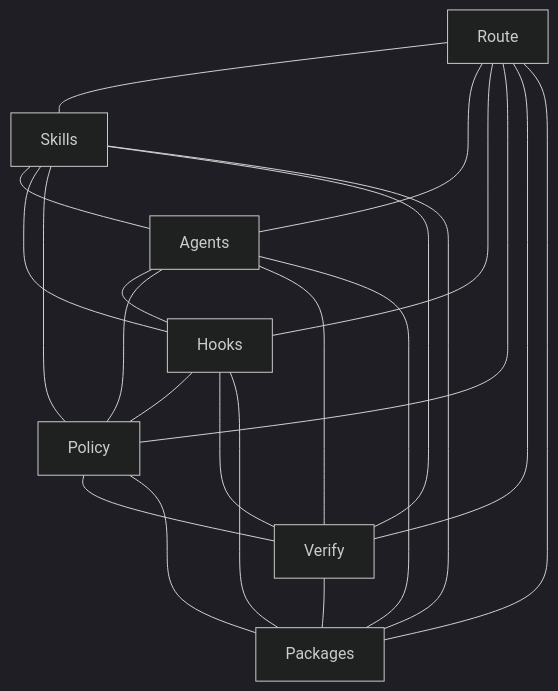
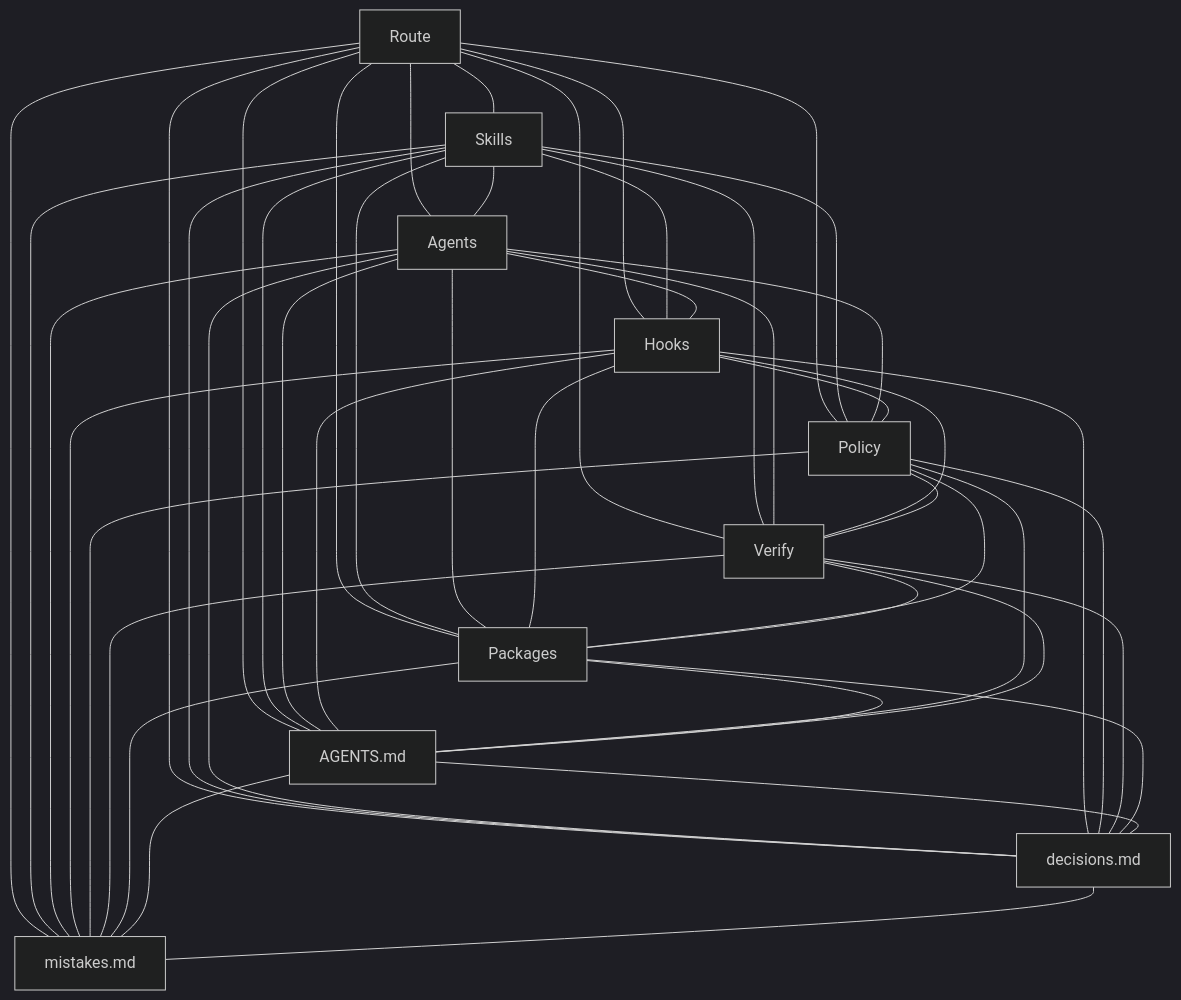
The diagram in README.md (Dimkox/adaptive-grok-build-pro), drawn with Mermaid (dark theme) before and after one commit. The commit also changed other lines of this file and 38 other files, not shown here.

Commit message:
Document root agent logs and complete K10 stack graph in README

````diff
--- a/README.md
+++ b/README.md
@@ -16,24 +17,51 @@
 ```mermaid
 graph TD
+  Contract["AGENTS.md"]
+  Decisions["decisions.md"]
+  Mistakes["mistakes.md"]
   Route --- Skills
   Route --- Agents
   Route --- Hooks
   Route --- Policy
   Route --- Verify
   Route --- Packages
+  Route --- Contract
+  Route --- Decisions
+  Route --- Mistakes
   Skills --- Agents
   Skills --- Hooks
   Skills --- Policy
   Skills --- Verify
   Skills --- Packages
+  Skills --- Contract
+  Skills --- Decisions
+  Skills --- Mistakes
   Agents --- Hooks
   Agents --- Policy
   Agents --- Verify
   Agents --- Packages
+  Agents --- Contract
+  Agents --- Decisions
+  Agents --- Mistakes
   Hooks --- Policy
   Hooks --- Verify
   Hooks --- Packages
+  Hooks --- Contract
+  Hooks --- Decisions
+  Hooks --- Mistakes
   Policy --- Verify
   Policy --- Packages
+  Policy --- Contract
+  Policy --- Decisions
+  Policy --- Mistakes
   Verify --- Packages
+  Verify --- Contract
+  Verify --- Decisions
+  Verify --- Mistakes
+  Packages --- Contract
+  Packages --- Decisions
+  Packages --- Mistakes
+  Contract --- Decisions
+  Contract --- Mistakes
+  Decisions --- Mistakes
 ```
````
